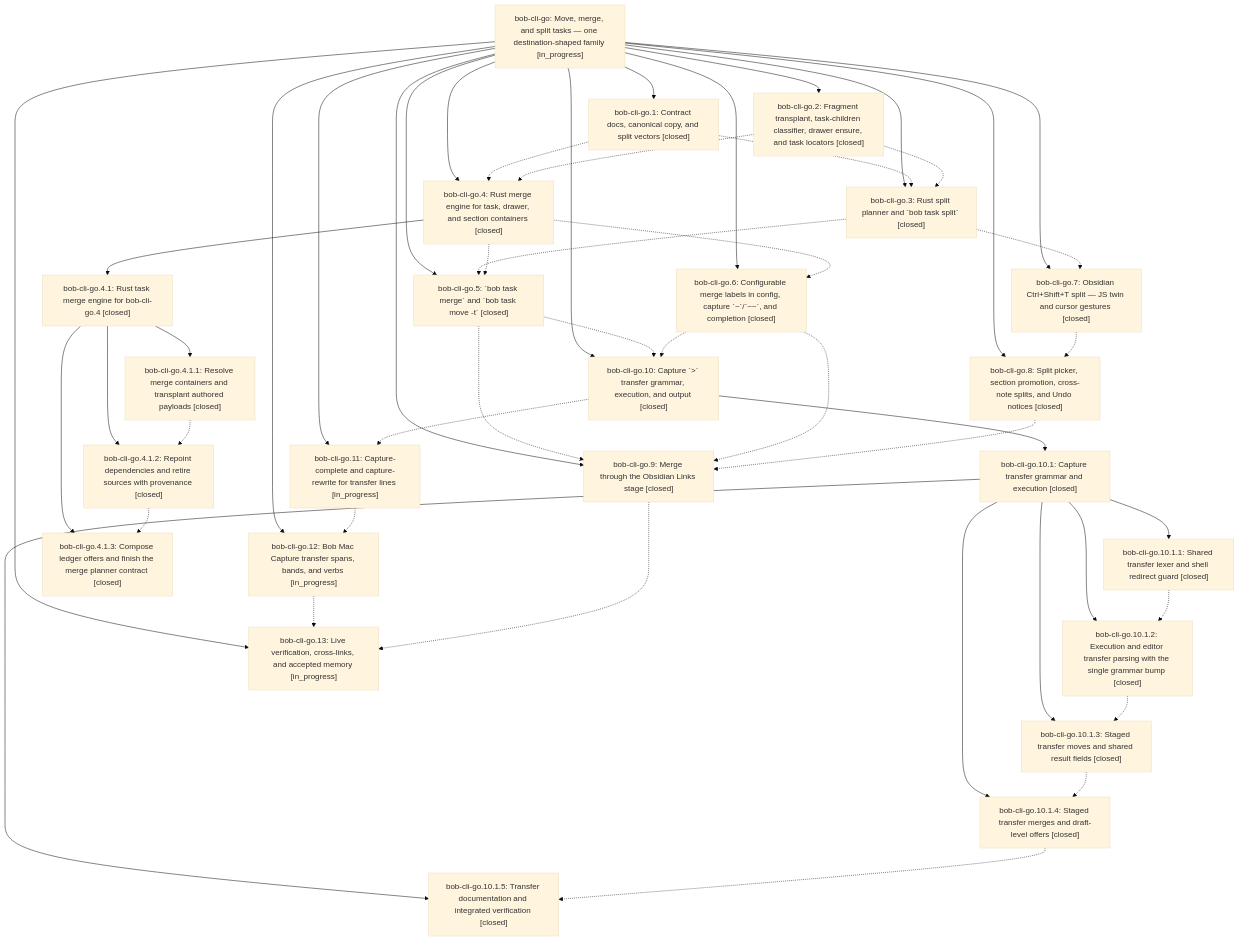
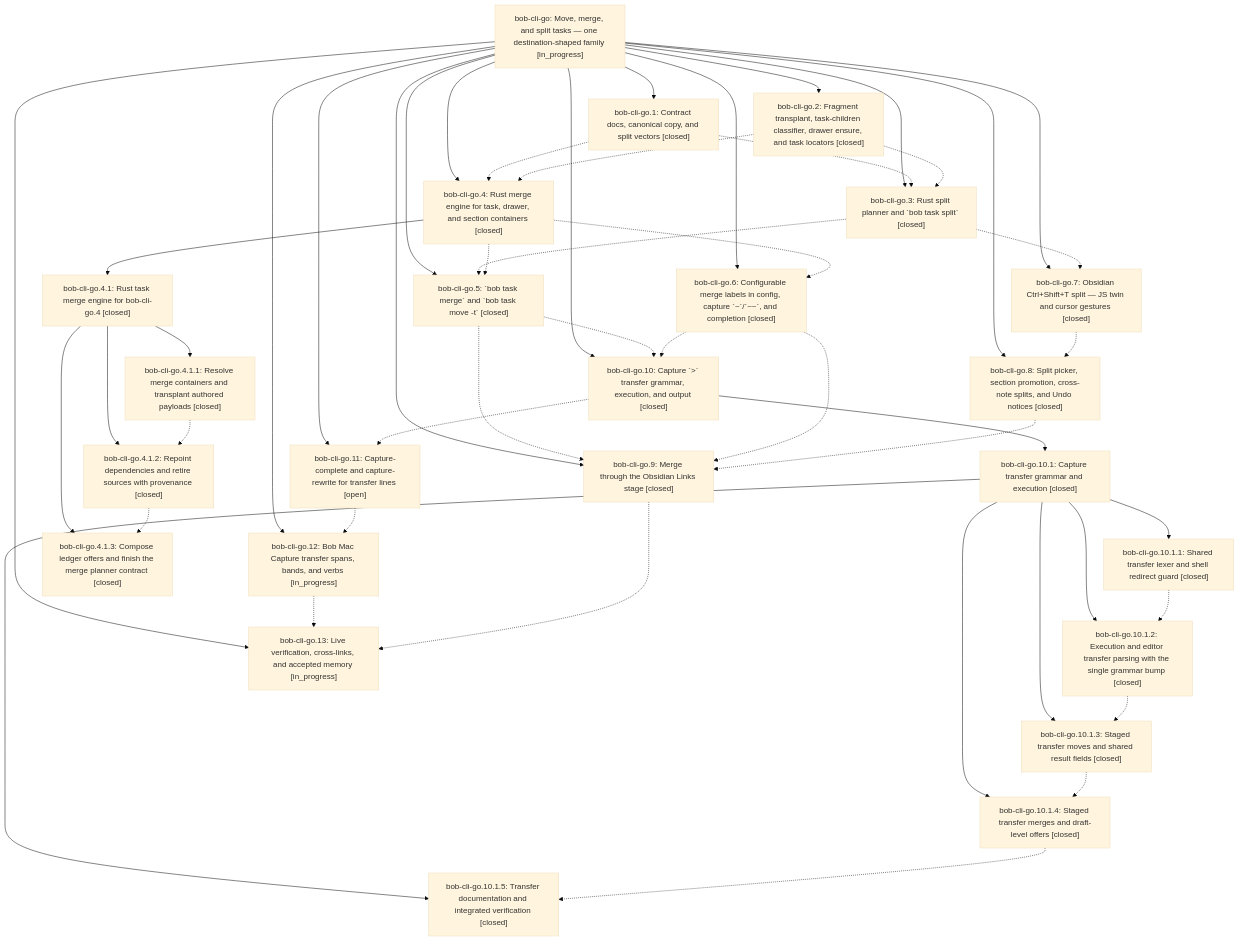
The diagram in pages/bob-cli-go/README.md (bobs-org/bob-cli--beads), drawn with Mermaid (base theme) before and after one commit. The commit also changed other lines of this file and 4 other files, not shown here.

First line of the commit message:
chore(beads): sync bead state and pages for bob-cli-go

````diff
--- a/pages/bob-cli-go/README.md
+++ b/pages/bob-cli-go/README.md
@@ -66,74 +66,74 @@
 ```mermaid
 flowchart TD
     n0["bob-cli-go: Move, merge, and split tasks — one destination-shaped family [in_progress]"]
     n1["bob-cli-go.1: Contract docs, canonical copy, and split vectors [closed]"]
     n2["bob-cli-go.10: Capture `&gt;` transfer grammar, execution, and output [closed]"]
     n3["bob-cli-go.10.1: Capture transfer grammar and execution [closed]"]
     n4["bob-cli-go.10.1.1: Shared transfer lexer and shell redirect guard [closed]"]
     n5["bob-cli-go.10.1.2: Execution and editor transfer parsing with the single grammar bump [closed]"]
     n6["bob-cli-go.10.1.3: Staged transfer moves and shared result fields [closed]"]
     n7["bob-cli-go.10.1.4: Staged transfer merges and draft-level offers [closed]"]
     n8["bob-cli-go.10.1.5: Transfer documentation and integrated verification [closed]"]
-    n9["bob-cli-go.11: Capture-complete and capture-rewrite for transfer lines [in_progress]"]
+    n9["bob-cli-go.11: Capture-complete and capture-rewrite for transfer lines [open]"]
     n10["bob-cli-go.12: Bob Mac Capture transfer spans, bands, and verbs [in_progress]"]
     n11["bob-cli-go.13: Live verification, cross-links, and accepted memory [in_progress]"]
     n12["bob-cli-go.2: Fragment transplant, task-children classifier, drawer ensure, and task locators [closed]"]
     n13["bob-cli-go.3: Rust split planner and `bob task split` [closed]"]
     n14["bob-cli-go.4: Rust merge engine for task, drawer, and section containers [closed]"]
     n15["bob-cli-go.4.1: Rust task merge engine for bob-cli-go.4 [closed]"]
     n16["bob-cli-go.4.1.1: Resolve merge containers and transplant authored payloads [closed]"]
     n17["bob-cli-go.4.1.2: Repoint dependencies and retire sources with provenance [closed]"]
     n18["bob-cli-go.4.1.3: Compose ledger offers and finish the merge planner contract [closed]"]
     n19["bob-cli-go.5: `bob task merge` and `bob task move -t` [closed]"]
     n20["bob-cli-go.6: Configurable merge labels in config, capture `~`/`~~`, and completion [closed]"]
     n21["bob-cli-go.7: Obsidian Ctrl+Shift+T split — JS twin and cursor gestures [closed]"]
     n22["bob-cli-go.8: Split picker, section promotion, cross-note splits, and Undo notices [closed]"]
     n23["bob-cli-go.9: Merge through the Obsidian Links stage [closed]"]
     n0 --> n1
     n0 --> n2
     n2 --> n3
     n3 --> n4
     n3 --> n5
     n3 --> n6
     n3 --> n7
     n3 --> n8
     n0 --> n9
     n0 --> n10
     n0 --> n11
     n0 --> n12
     n0 --> n13
     n0 --> n14
     n14 --> n15
     n15 --> n16
     n15 --> n17
     n15 --> n18
     n0 --> n19
     n0 --> n20
     n0 --> n21
     n0 --> n22
     n0 --> n23
     n1 -.-> n13
     n1 -.-> n14
     n2 -.-> n9
     n4 -.-> n5
     n5 -.-> n6
     n6 -.-> n7
     n7 -.-> n8
     n9 -.-> n10
     n10 -.-> n11
     n12 -.-> n13
     n12 -.-> n14
     n13 -.-> n19
     n13 -.-> n21
     n14 -.-> n19
     n14 -.-> n20
     n16 -.-> n17
     n17 -.-> n18
     n19 -.-> n2
     n19 -.-> n23
     n20 -.-> n2
     n20 -.-> n23
     n21 -.-> n22
     n22 -.-> n23
     n23 -.-> n11
 ```
````
